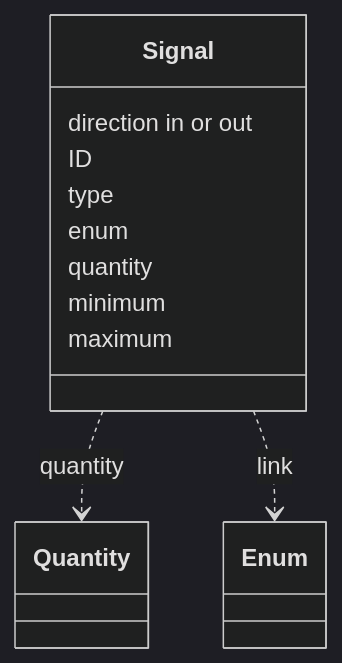
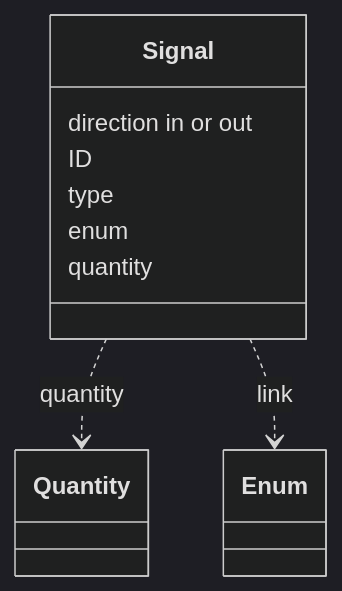
The first of 3 diagrams in metadata/04-signals.md (AlexandreGallais/synoptic-studio-spec), drawn with Mermaid (dark theme) before and after one commit. The commit also changed other lines of this file and 11 other files, not shown here.

First line of the commit message:
docs(signals): make minimum and maximum signals of their own

````diff
--- a/metadata/04-signals.md
+++ b/metadata/04-signals.md
@@ -36,16 +38,14 @@
 ```mermaid
 classDiagram
     class Signal {
         direction in or out
         ID
         type
         enum
         quantity
-        minimum
-        maximum
     }
     class Quantity
     class Enum
     Signal ..> Quantity : quantity
     Signal ..> Enum : link
 ```
````
